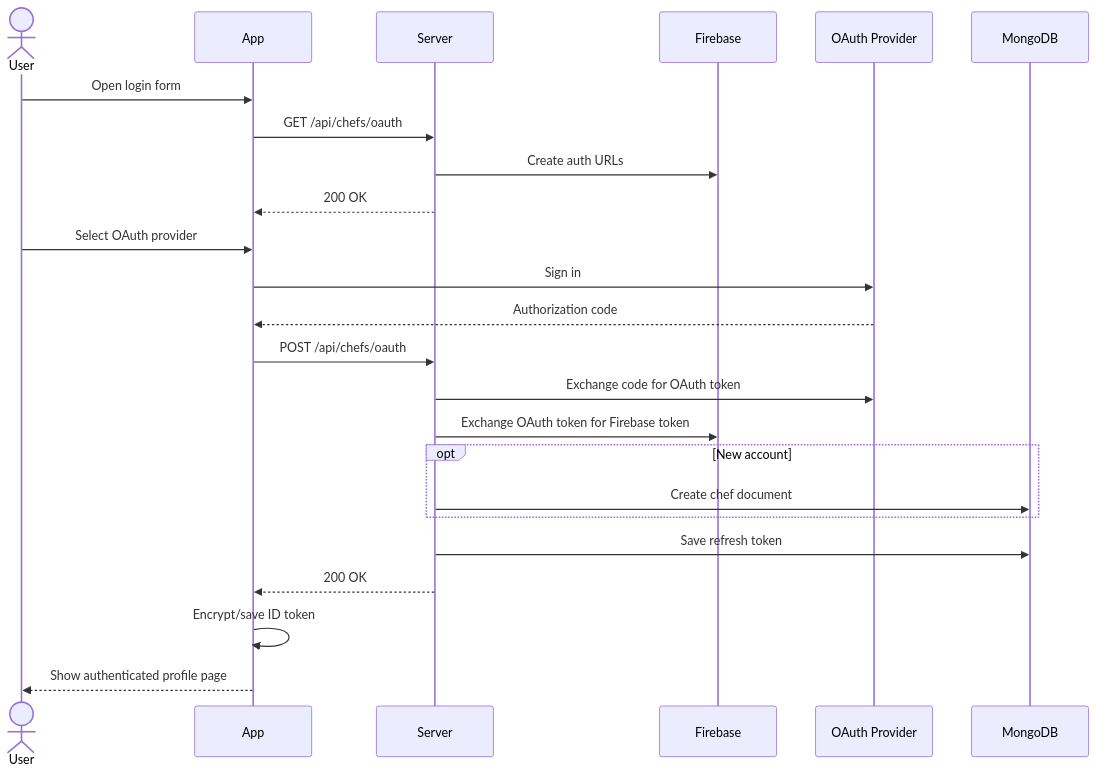
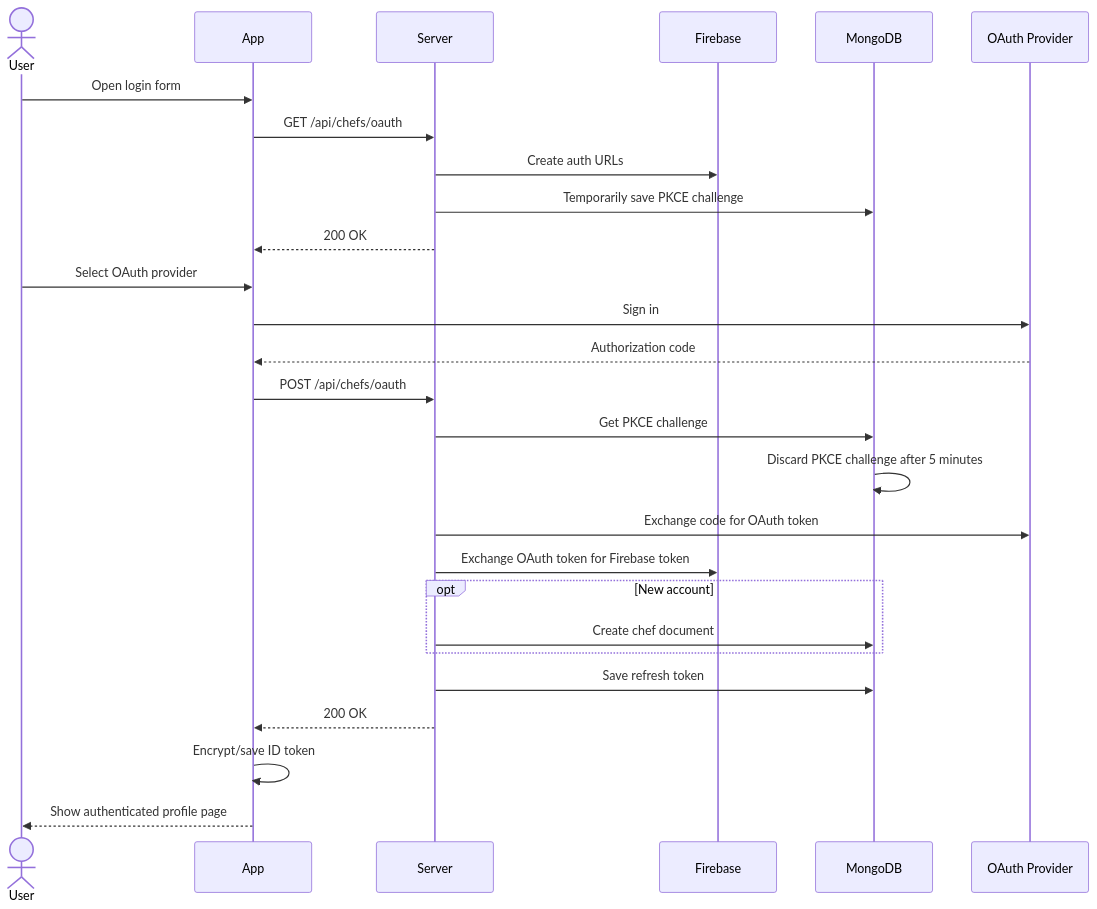
The fourth of 12 diagrams in README.md (Abhiek187/ez-recipes-server), drawn with Mermaid before and after one commit. The commit also changed other lines of this file and 2 other files, not shown here.

Commit message:
Simplify the hash function; add PKCE to README

````diff
--- a/README.md
+++ b/README.md
@@ -139,22 +139,25 @@
 ```mermaid
 sequenceDiagram
 
 actor User
 User->>App: Open login form
 App->>Server: GET /api/chefs/oauth
 Server->>Firebase: Create auth URLs
+Server->>MongoDB: Temporarily save PKCE challenge
 Server-->>App: 200 OK
 User->>App: Select OAuth provider
 App->>OAuth Provider: Sign in
 OAuth Provider-->>App: Authorization code
 App->>Server: POST /api/chefs/oauth
+Server->>MongoDB: Get PKCE challenge
+MongoDB->>MongoDB: Discard PKCE challenge after 5 minutes
 Server->>OAuth Provider: Exchange code for OAuth token
 Server->>Firebase: Exchange OAuth token for Firebase token
 opt New account
   Server->>MongoDB: Create chef document
 end
 Server->>MongoDB: Save refresh token
 Server-->>App: 200 OK
 App->>App: Encrypt/save ID token
 App-->>User: Show authenticated profile page
 ```
````
